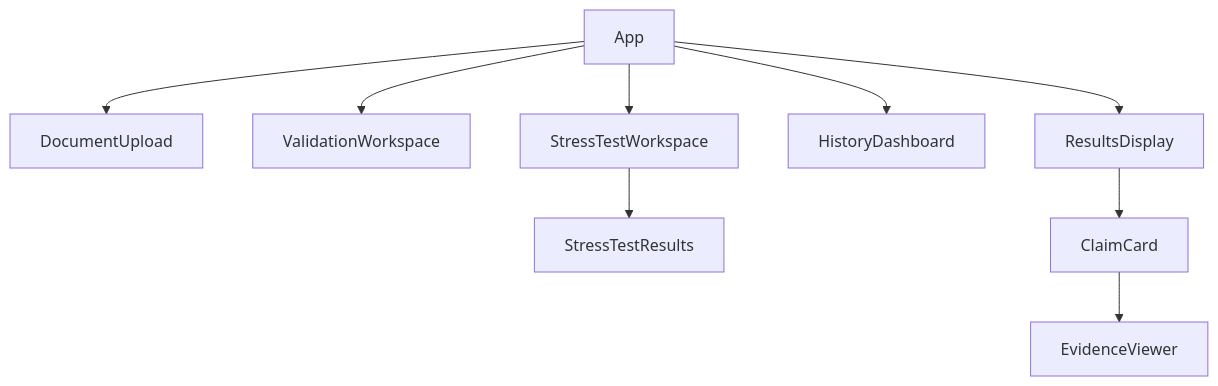
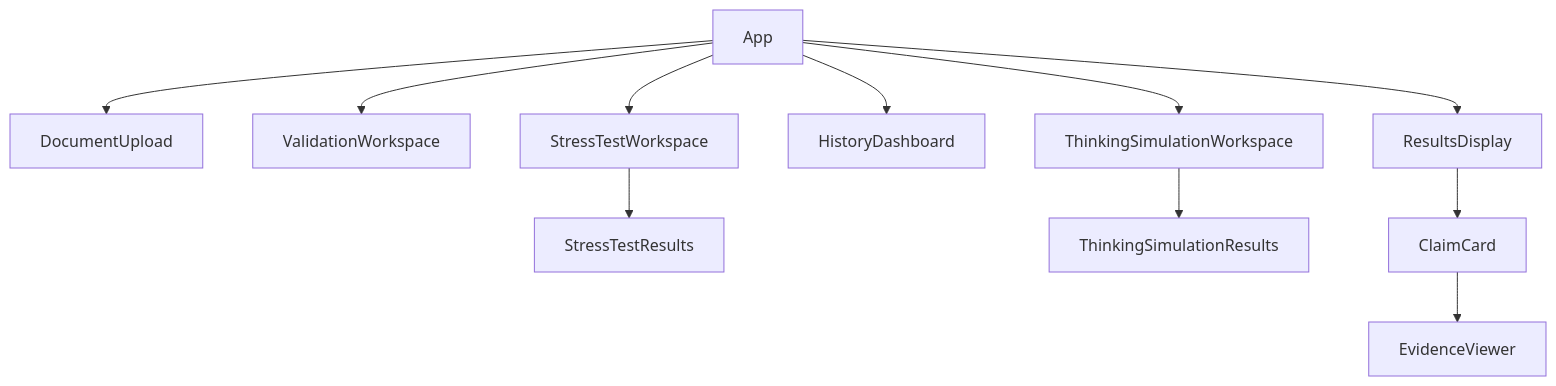
One commit to chandan112307/evilearn-2 changed the second of 4 diagrams in frontend/README.md. Above: the diagram before and after it, drawn with Mermaid. The commit also changed other lines of this file and 3 other files, not shown here.

First line of the commit message:
docs: update all READMEs with graph-based cognitive reasoning engine architecture

````diff
--- a/frontend/README.md
+++ b/frontend/README.md
@@ -65,11 +65,13 @@
 ```mermaid
 graph TD
     App --> DocumentUpload
     App --> ValidationWorkspace
     App --> ResultsDisplay
     App --> HistoryDashboard
     App --> StressTestWorkspace
+    App --> ThinkingSimulationWorkspace
     StressTestWorkspace --> StressTestResults
+    ThinkingSimulationWorkspace --> ThinkingSimulationResults
     ResultsDisplay --> ClaimCard
     ClaimCard --> EvidenceViewer
 ```
````
